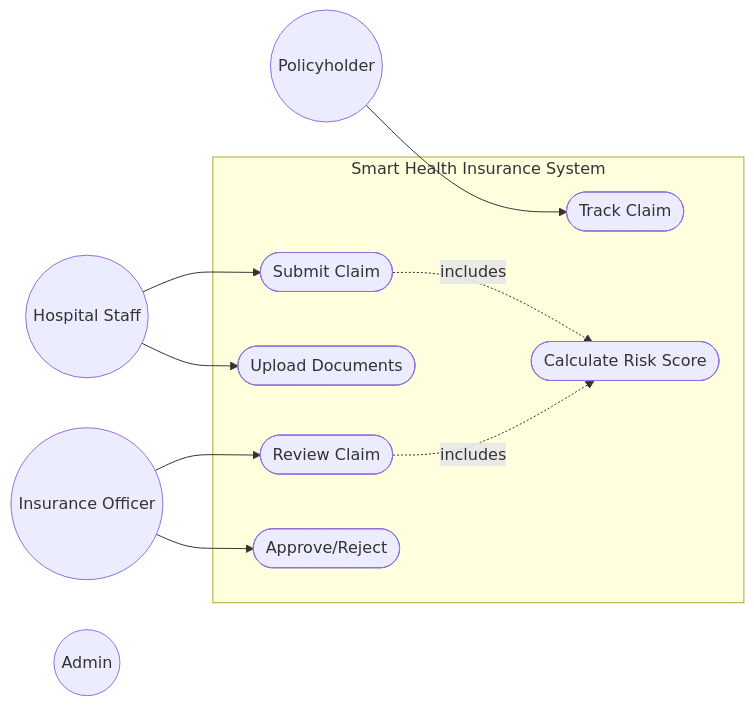
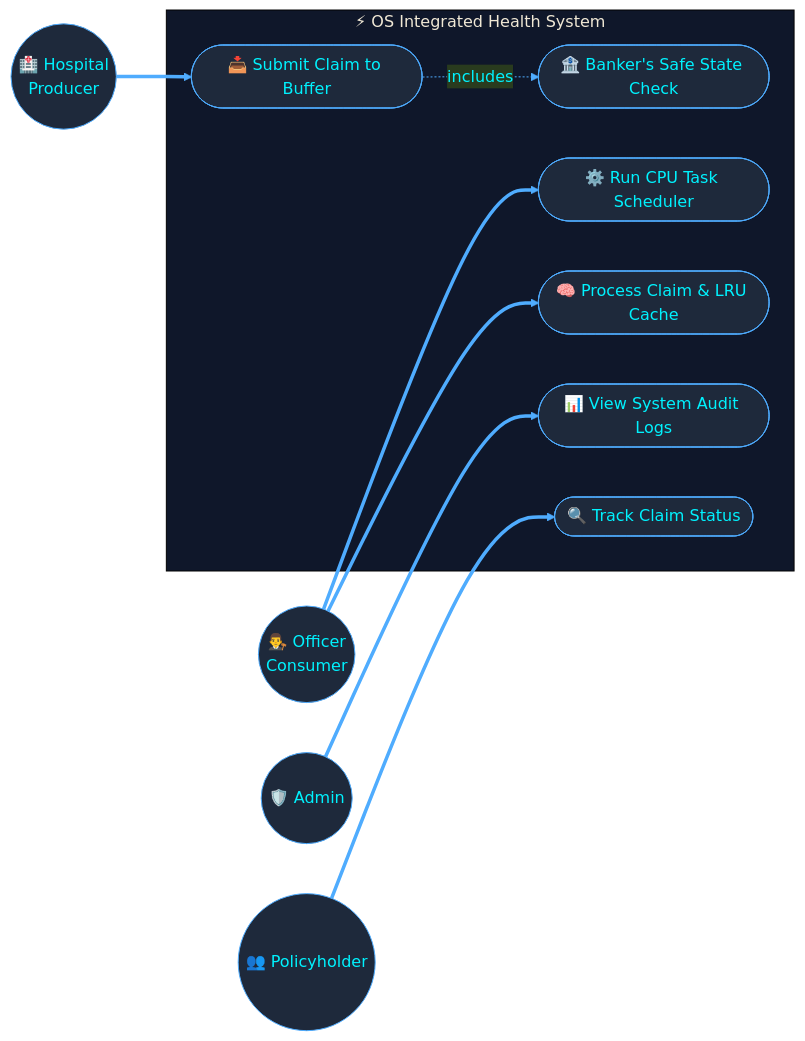
The first of 3 diagrams in Project_Report.md (AhmerKhanNiazi/CCP-OS-THEORY), drawn with Mermaid before and after one commit. The commit also changed other lines of this file and 20 other files, not shown here.

````diff
--- a/Project_Report.md
+++ b/Project_Report.md
@@ -89,25 +122,24 @@
 ```mermaid
+%%{init: {'theme': 'base', 'themeVariables': { 'primaryColor': '#1e293b', 'primaryTextColor': '#00f2fe', 'primaryBorderColor': '#4facfe', 'lineColor': '#4facfe', 'tertiaryColor': '#0f172a'}}}%%
 flowchart LR
-    hospital((Hospital Staff))
-    patient((Policyholder))
-    officer((Insurance Officer))
-    admin((Admin))
+    hospital((🏥 Hospital\nProducer))
+    officer((👨‍⚖️ Officer\nConsumer))
+    admin((🛡️ Admin))
+    patient((👥 Policyholder))
 
-    subgraph System ["Smart Health Insurance System"]
-        UC1([Submit Claim])
-        UC2([Upload Documents])
-        UC3([Track Claim])
-        UC4([Review Claim])
-        UC5([Approve/Reject])
-        UC6([Calculate Risk Score])
+    subgraph System ["⚡ OS Integrated Health System"]
+        UC1(["📥 Submit Claim to Buffer"])
+        UC2(["🏦 Banker's Safe State Check"])
+        UC3(["⚙️ Run CPU Task Scheduler"])
+        UC4(["🧠 Process Claim & LRU Cache"])
+        UC5(["📊 View System Audit Logs"])
+        UC6(["🔍 Track Claim Status"])
     end
 
-    hospital --> UC1
-    hospital --> UC2
-    patient --> UC3
-    officer --> UC4
-    officer --> UC5
-    
-    UC1 -.->|includes| UC6
-    UC4 -.->|includes| UC6
+    hospital ==> UC1
+    UC1 -.->|includes| UC2
+    officer ==> UC3
+    officer ==> UC4
+    admin ==> UC5
+    patient ==> UC6
 ```
````
